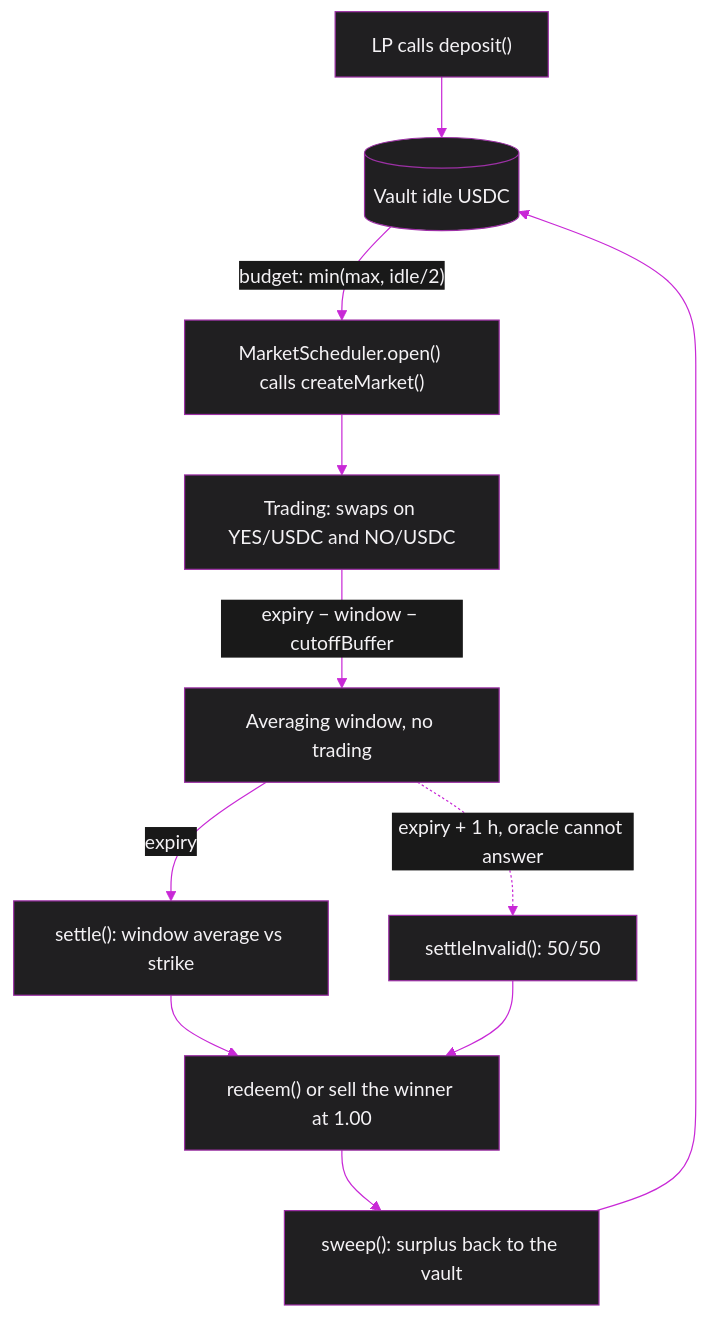
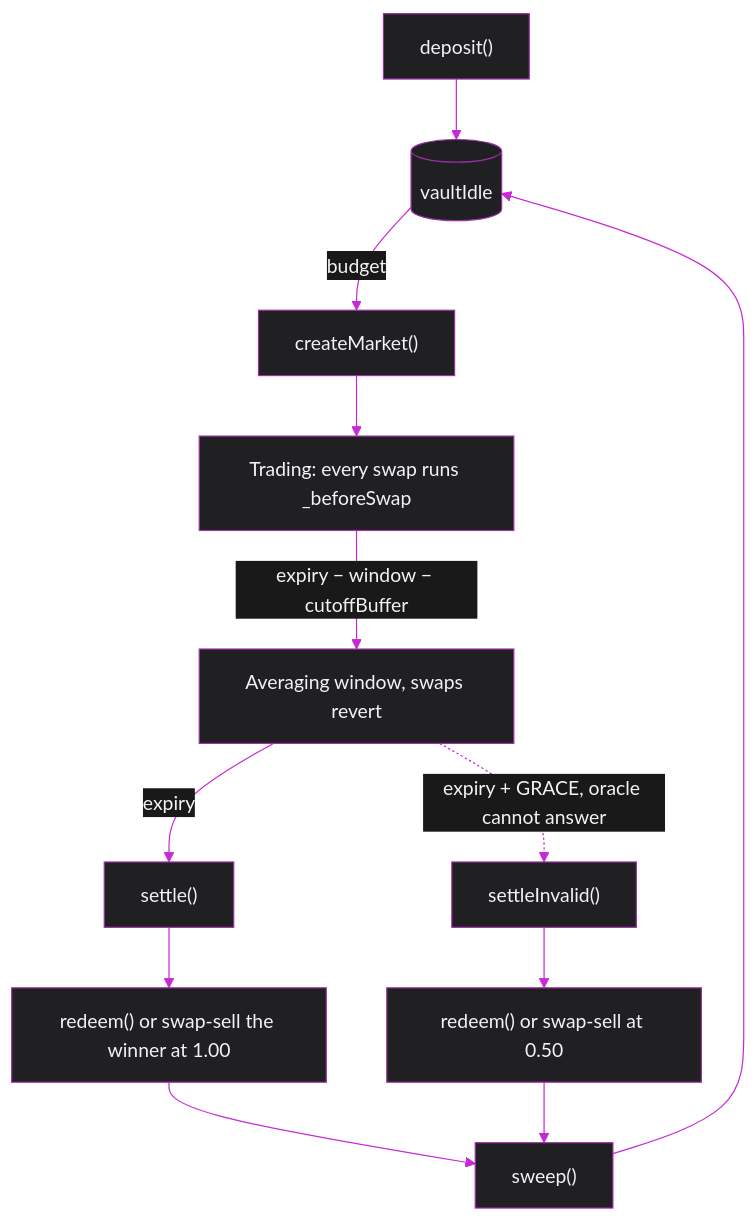
Before and after one commit to oynozan/phinary: the diagram in docs/content/index.mdx, drawn with Mermaid. The commit also changed other lines of this file and 8 other files, not shown here.

First line of the commit message:
docs: split the docs into hook, pricing, oracle, scheduler and integration pages

````diff
--- a/docs/content/index.mdx
+++ b/docs/content/index.mdx
@@ -22,14 +22,15 @@
 ```mermaid
 %%{init: {"theme": "base", "themeVariables": {"background": "#191919", "primaryColor": "#201f21", "primaryTextColor": "#f4f2f5", "primaryBorderColor": "#9c30a5", "secondaryColor": "#282629", "tertiaryColor": "#201f21", "lineColor": "#c828d6", "textColor": "#f4f2f5", "edgeLabelBackground": "#191919"}}}%%
 flowchart TD
-    A["LP calls deposit()"] --> V[("Vault idle USDC")]
-    V -->|"budget: min(max, idle/2)"| C["MarketScheduler.open() calls createMarket()"]
-    C --> T["Trading: swaps on YES/USDC and NO/USDC"]
-    T -->|"expiry − window − cutoffBuffer"| W["Averaging window, no trading"]
-    W -->|"expiry"| S["settle(): window average vs strike"]
-    W -.->|"expiry + 1 h, oracle cannot answer"| I["settleInvalid(): 50/50"]
-    S --> R["redeem() or sell the winner at 1.00"]
-    I --> R
-    R --> X["sweep(): surplus back to the vault"]
+    A["deposit()"] --> V[("vaultIdle")]
+    V -->|"budget"| C["createMarket()"]
+    C --> T["Trading: every swap runs _beforeSwap"]
+    T -->|"expiry − window − cutoffBuffer"| W["Averaging window, swaps revert"]
+    W -->|"expiry"| S["settle()"]
+    W -.->|"expiry + GRACE, oracle cannot answer"| I["settleInvalid()"]
+    S --> R["redeem() or swap-sell the winner at 1.00"]
+    I --> R2["redeem() or swap-sell at 0.50"]
+    R --> X["sweep()"]
+    R2 --> X
     X --> V
 ```
````
